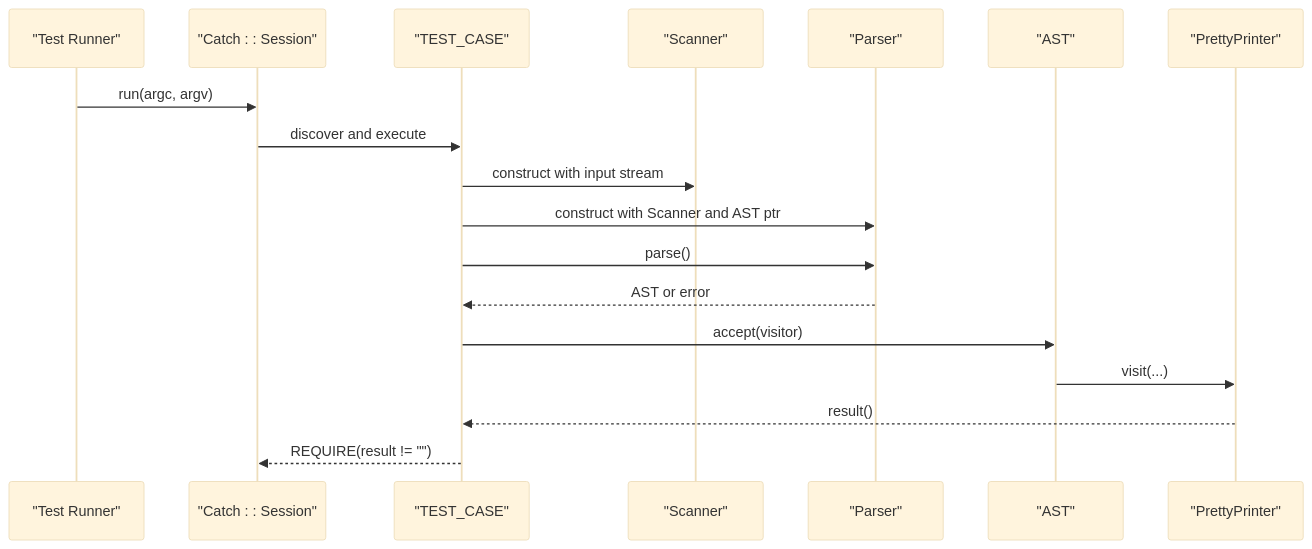
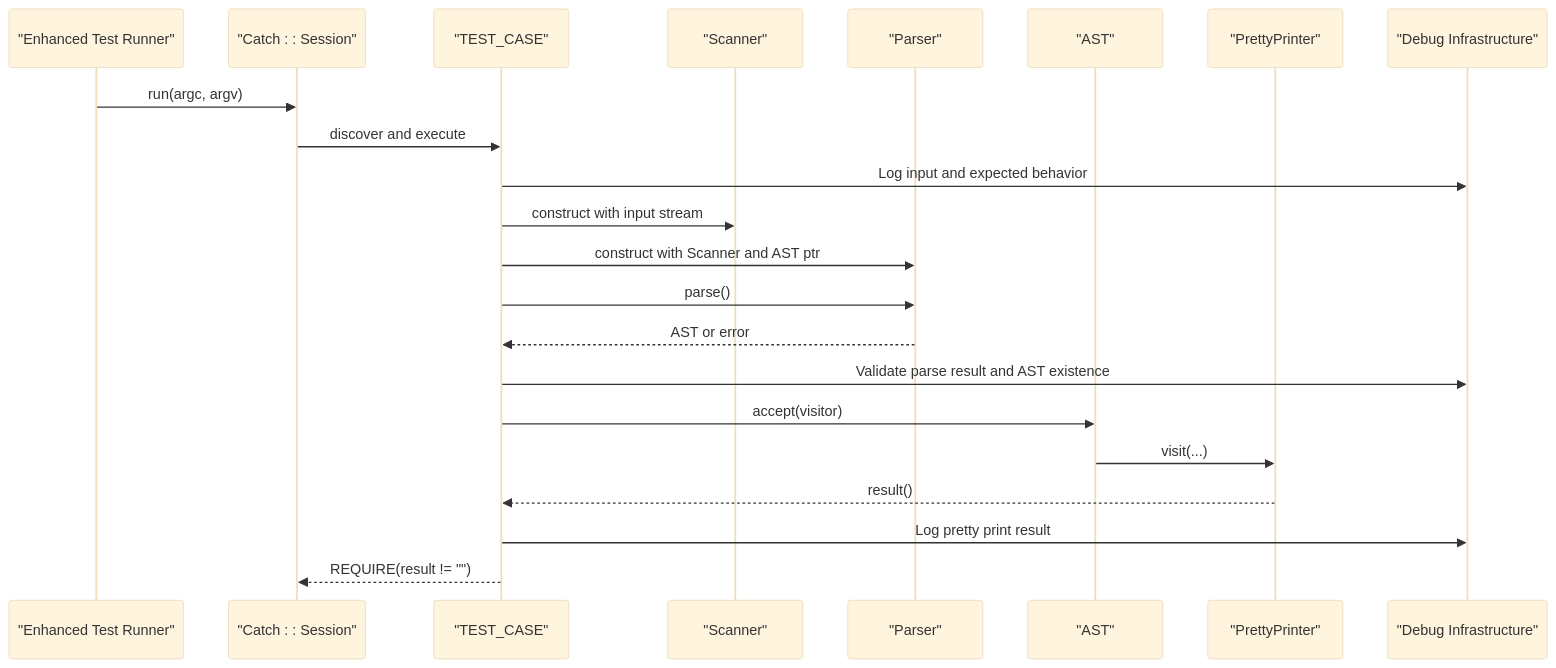
The third of 5 diagrams in .qoder/repowiki/en/content/Testing Framework.md (littlebirds/modern_bision), drawn with Mermaid (base theme) before and after one commit. The commit also changed other lines of this file and 3 other files, not shown here.

````diff
--- a/.qoder/repowiki/en/content/Testing Framework.md
+++ b/.qoder/repowiki/en/content/Testing Framework.md
@@ -199,20 +207,24 @@
 ```mermaid
 sequenceDiagram
-participant Runner as "Test Runner"
+participant Runner as "Enhanced Test Runner"
 participant Session as "Catch : : Session"
 participant Test as "TEST_CASE"
 participant Scanner as "Scanner"
 participant Parser as "Parser"
 participant AST as "AST"
 participant PP as "PrettyPrinter"
+participant Debug as "Debug Infrastructure"
 Runner->>Session : run(argc, argv)
 Session->>Test : discover and execute
+Test->>Debug : Log input and expected behavior
 Test->>Scanner : construct with input stream
 Test->>Parser : construct with Scanner and AST ptr
 Test->>Parser : parse()
 Parser-->>Test : AST or error
+Test->>Debug : Validate parse result and AST existence
 Test->>AST : accept(visitor)
 AST->>PP : visit(...)
 PP-->>Test : result()
+Test->>Debug : Log pretty print result
 Test-->>Session : REQUIRE(result != "")
 ```
````
